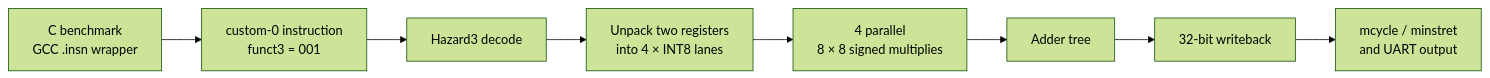
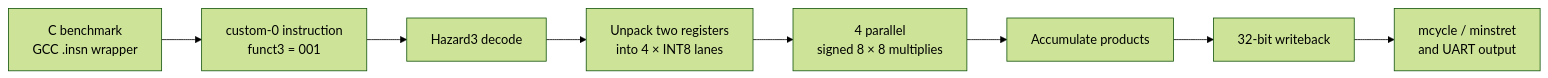
The diagram in README.md (ali-002-code/edgemind), drawn with Mermaid (forest theme) before and after one commit. The commit also changed other lines of this file and 7 other files, not shown here.

````diff
--- a/README.md
+++ b/README.md
@@ -89,10 +33,10 @@
 ```mermaid
 flowchart LR
     SW["C benchmark<br/>GCC .insn wrapper"] --> ENC["custom-0 instruction<br/>funct3 = 001"]
     ENC --> DEC["Hazard3 decode"]
     DEC --> UNPACK["Unpack two registers<br/>into 4 × INT8 lanes"]
-    UNPACK --> MUL["4 parallel<br/>8 × 8 signed multiplies"]
-    MUL --> ADD["Adder tree"]
+    UNPACK --> MUL["4 parallel<br/>signed 8 × 8 multiplies"]
+    MUL --> ADD["Accumulate products"]
     ADD --> WB["32-bit writeback"]
     WB --> OBS["mcycle / minstret<br/>and UART output"]
 ```
````
